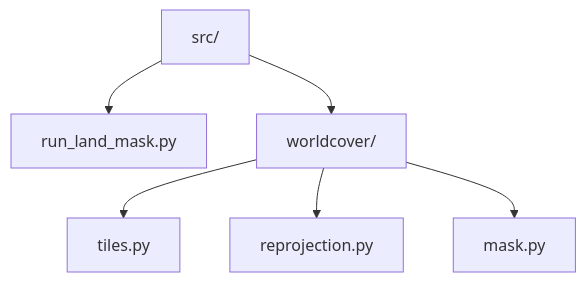
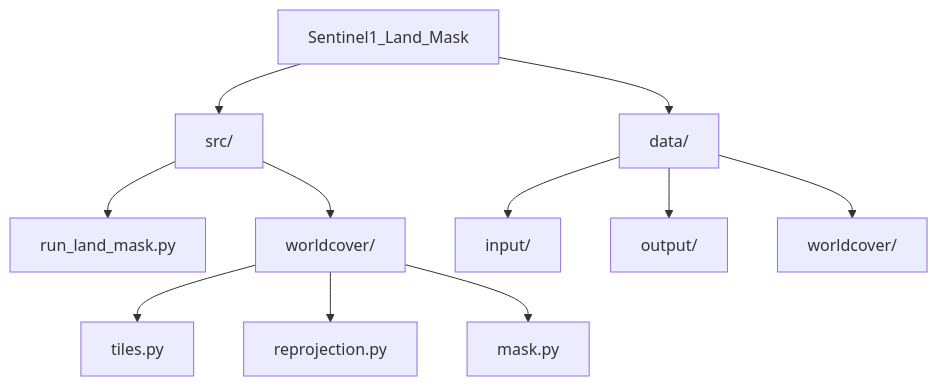
Before and after one commit to phillipclarke709/Sentinel-1-Land-Mask: the diagram in README.md, drawn with Mermaid.

Commit message:
Added repo structure diagram to README (2)

````diff
--- a/README.md
+++ b/README.md
@@ -9,8 +9,16 @@
 ```mermaid
 graph TD
-  A[src/] --> B[run_land_mask.py]
-  A --> C[worldcover/]
-  C --> D[tiles.py]
-  C --> E[reprojection.py]
-  C --> F[mask.py]
+  A[Sentinel1_Land_Mask] --> B[src/]
+  A --> C[data/]
+
+  B --> D[run_land_mask.py]
+  B --> E[worldcover/]
+
+  E --> F[tiles.py]
+  E --> G[reprojection.py]
+  E --> H[mask.py]
+
+  C --> I[input/]
+  C --> J[output/]
+  C --> K[worldcover/]
 ```
````
